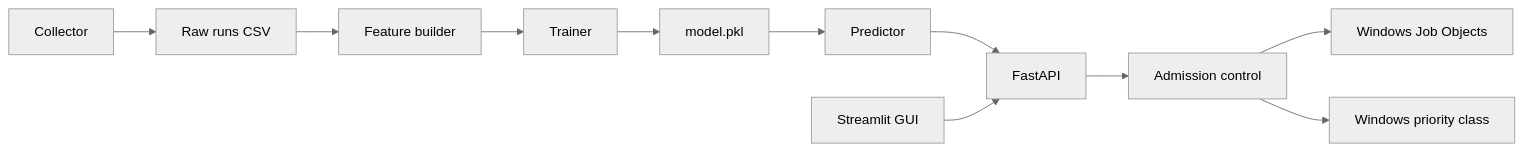
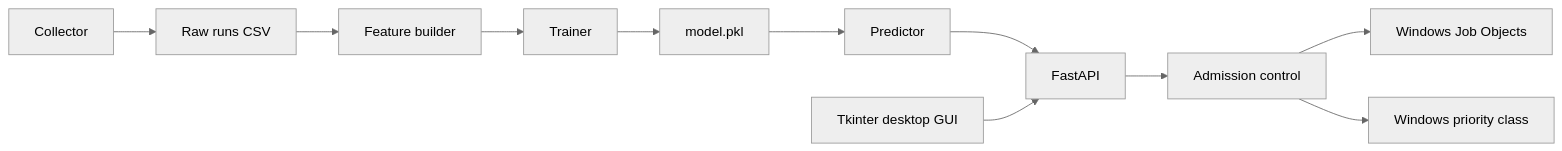
The diagram in README.md (asad-zdt/ai-res), drawn with Mermaid (neutral theme) before and after one commit. The commit also changed other lines of this file and 20 other files, not shown here.

````diff
--- a/README.md
+++ b/README.md
@@ -9,13 +9,13 @@
 ```mermaid
 flowchart LR
     Collector[Collector] --> Raw[Raw runs CSV]
     Raw --> Builder[Feature builder]
     Builder --> Trainer[Trainer]
     Trainer --> Model[model.pkl]
     Model --> Predictor[Predictor]
     Predictor --> API[FastAPI]
     API --> Admission[Admission control]
     Admission --> Jobs[Windows Job Objects]
     Admission --> Priority[Windows priority class]
-    GUI[Streamlit GUI] --> API
+    GUI[Tkinter desktop GUI] --> API
 ```
````
